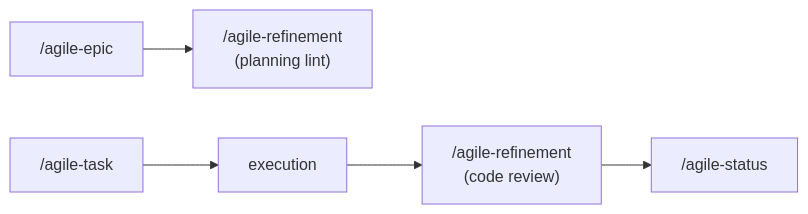
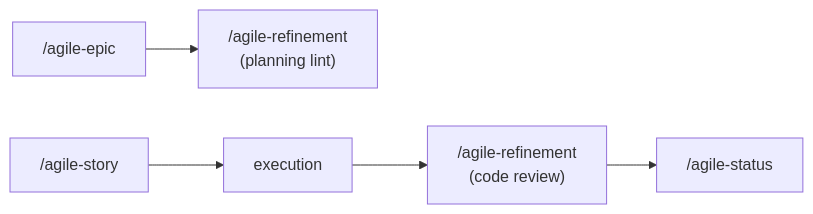
One commit to djalmajr/essential-skills changed the diagram in skills/agile-refinement/README.md. Above: the diagram before and after it, drawn with Mermaid. The commit also changed other lines of this file and 33 other files, not shown here.

First line of the commit message:
refactor(skills): rename agile-planning→agile-sprint, agile-task→agile-story

````diff
--- a/skills/agile-refinement/README.md
+++ b/skills/agile-refinement/README.md
@@ -61,7 +61,7 @@
 ```mermaid
 flowchart LR
     A["/agile-epic"] --> B["/agile-refinement<br>(planning lint)"]
-    C["/agile-task"] --> D[execution]
+    C["/agile-story"] --> D[execution]
     D --> E["/agile-refinement<br>(code review)"]
     E --> F["/agile-status"]
 ```
````
